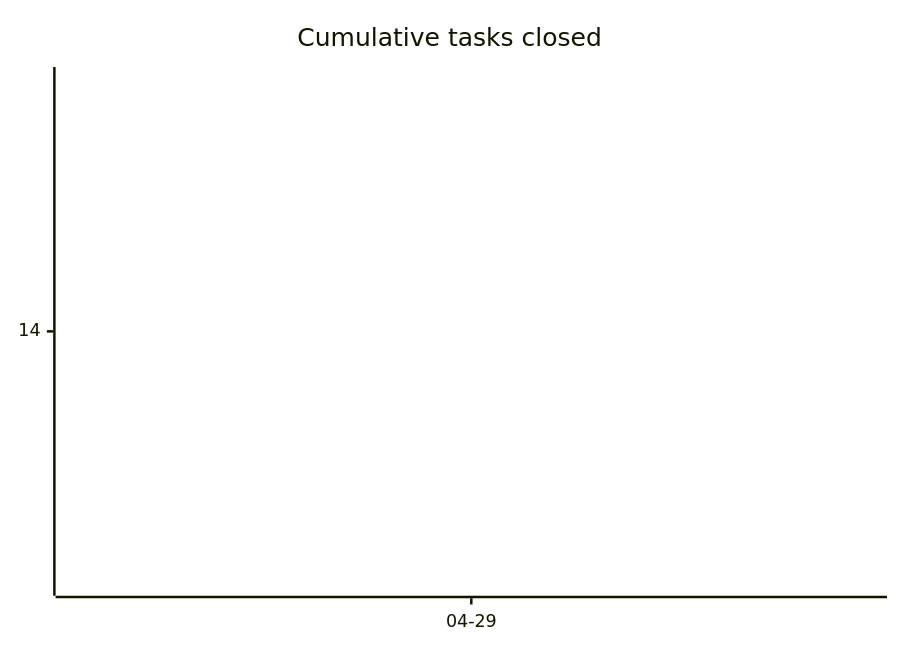
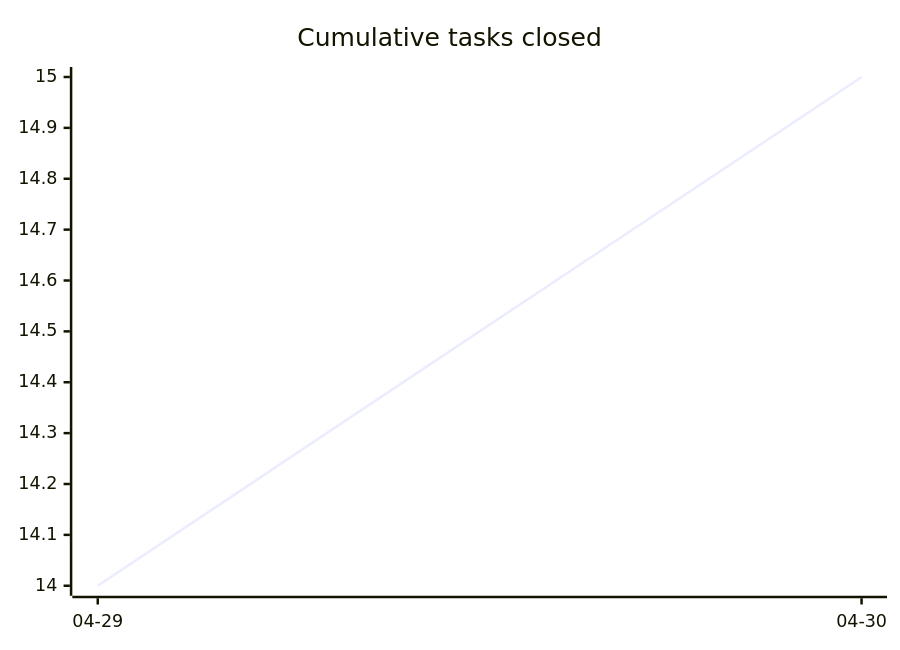
The first of 3 diagrams in docs/developers/tasks/OVERVIEW.md (tgd1975/AwesomeStudioPedal), drawn with Mermaid before and after one commit. The commit also changed other lines of this file and 3 other files, not shown here.

````diff
--- a/docs/developers/tasks/OVERVIEW.md
+++ b/docs/developers/tasks/OVERVIEW.md
@@ -20,6 +20,6 @@
 ```mermaid
 xychart-beta
     title "Cumulative tasks closed"
-    x-axis ["04-29"]
-    line [14]
+    x-axis ["04-29", "04-30"]
+    line [14, 15]
 ```
````
